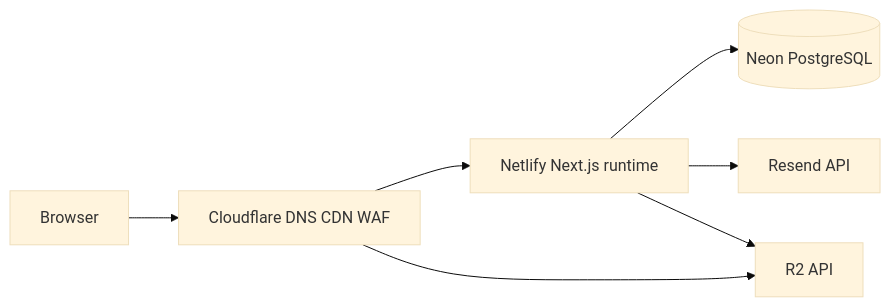
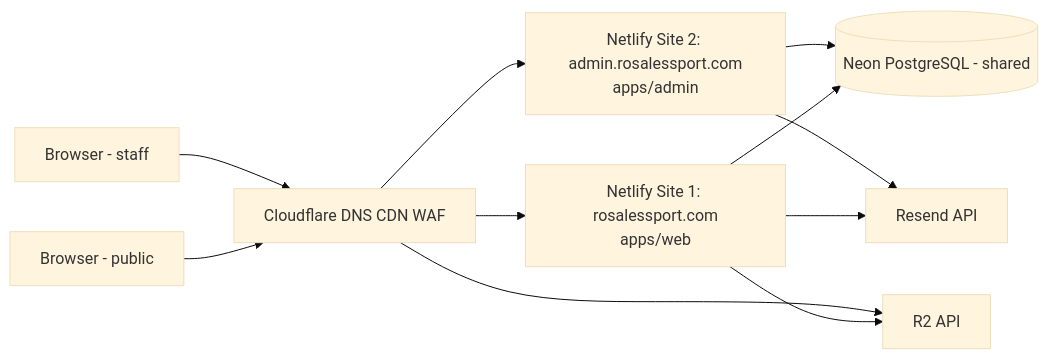
Before and after one commit to Eliath1/Rosales_Sport: the fifth of 5 diagrams in docs/architecture/02-website-architecture-plan.md, drawn with Mermaid (base theme). The commit also changed other lines of this file and 226 other files, not shown here.

First line of the commit message:
Split app/ into monorepo (apps/web, apps/admin, packages/db, packages/shared)

````diff
--- a/docs/architecture/02-website-architecture-plan.md
+++ b/docs/architecture/02-website-architecture-plan.md
@@ -494,9 +505,13 @@
 ```mermaid
 flowchart LR
-  User[Browser] --> CF[Cloudflare DNS CDN WAF]
-  CF --> Netlify[Netlify Next.js runtime]
-  Netlify --> Neon[(Neon PostgreSQL)]
-  Netlify --> Resend[Resend API]
-  Netlify --> R2[R2 API]
+  User[Browser - public] --> CF[Cloudflare DNS CDN WAF]
+  Staff[Browser - staff] --> CF
+  CF --> NetWeb["Netlify Site 1: rosalessport.com<br/>apps/web"]
+  CF --> NetAdmin["Netlify Site 2: admin.rosalessport.com<br/>apps/admin"]
+  NetWeb --> Neon[(Neon PostgreSQL - shared)]
+  NetAdmin --> Neon
+  NetWeb --> Resend[Resend API]
+  NetAdmin --> Resend
+  NetWeb --> R2[R2 API]
   CF --> R2
 ```
````
